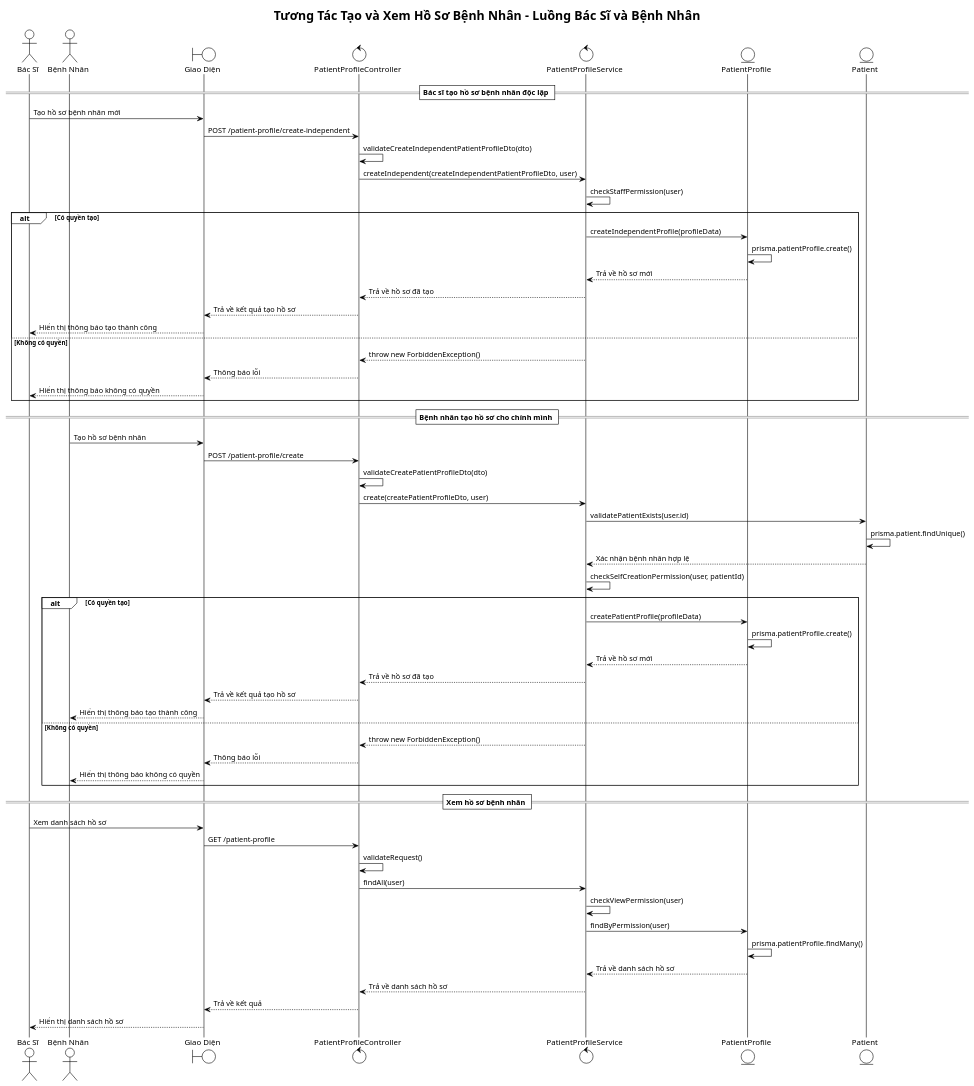
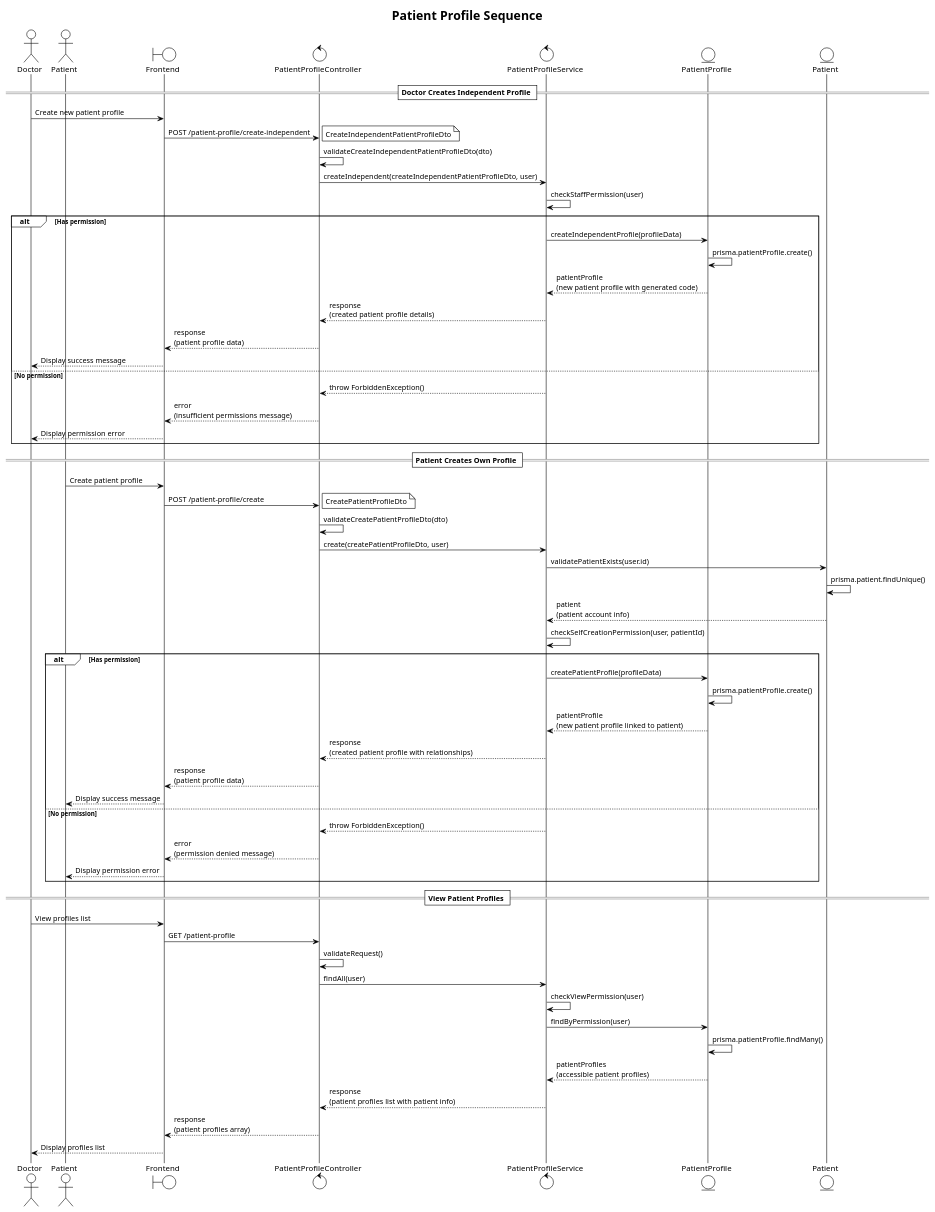
The diagram in docs/patient-profile-sequence.puml (iamKhang/revita-be), drawn with PlantUML before and after one commit. The commit also changed 7 other files, not shown here.

Commit message:
Update sequence diagram

```diff
--- a/docs/patient-profile-sequence.puml
+++ b/docs/patient-profile-sequence.puml
@@ -1,75 +1,77 @@
 @startuml Patient Profile Sequence Diagram
 !theme plain
-title Tương Tác Tạo và Xem Hồ Sơ Bệnh Nhân - Luồng Bác Sĩ và Bệnh Nhân
+title Patient Profile Sequence
 
-actor "Bác Sĩ" as D
-actor "Bệnh Nhân" as P
-boundary "Giao Diện" as F
+actor "Doctor" as D
+actor "Patient" as P
+boundary "Frontend" as F
 control "PatientProfileController" as C
 control "PatientProfileService" as PS
 entity "PatientProfile" as PP
 entity "Patient" as PAT
 
-== Bác sĩ tạo hồ sơ bệnh nhân độc lập ==
+== Doctor Creates Independent Profile ==
 
-D -> F: Tạo hồ sơ bệnh nhân mới
+D -> F: Create new patient profile
 F -> C: POST /patient-profile/create-independent
+note right: CreateIndependentPatientProfileDto
 C -> C: validateCreateIndependentPatientProfileDto(dto)
 C -> PS: createIndependent(createIndependentPatientProfileDto, user)
 PS -> PS: checkStaffPermission(user)
 
-alt Có quyền tạo
+alt Has permission
   PS -> PP: createIndependentProfile(profileData)
   PP -> PP: prisma.patientProfile.create()
-  PP --> PS: Trả về hồ sơ mới
-  PS --> C: Trả về hồ sơ đã tạo
-  C --> F: Trả về kết quả tạo hồ sơ
-  F --> D: Hiển thị thông báo tạo thành công
+  PP --> PS: patientProfile\n(new patient profile with generated code)
+  PS --> C: response\n(created patient profile details)
+  C --> F: response\n(patient profile data)
+  F --> D: Display success message
   
-else Không có quyền
-  PS --> C: throw new ForbiddenException()
-  C --> F: Thông báo lỗi
-  F --> D: Hiển thị thông báo không có quyền
+else No permission
+  PS --> C: throw ForbiddenException()
+  C --> F: error\n(insufficient permissions message)
+  F --> D: Display permission error
 end
 
-== Bệnh nhân tạo hồ sơ cho chính mình ==
+== Patient Creates Own Profile ==
 
-P -> F: Tạo hồ sơ bệnh nhân
+P -> F: Create patient profile
 F -> C: POST /patient-profile/create
+note right: CreatePatientProfileDto
 C -> C: validateCreatePatientProfileDto(dto)
 C -> PS: create(createPatientProfileDto, user)
 PS -> PAT: validatePatientExists(user.id)
 PAT -> PAT: prisma.patient.findUnique()
-PAT --> PS: Xác nhận bệnh nhân hợp lệ
+PAT --> PS: patient\n(patient account info)
 
 PS -> PS: checkSelfCreationPermission(user, patientId)
 
-alt Có quyền tạo
+alt Has permission
   PS -> PP: createPatientProfile(profileData)
   PP -> PP: prisma.patientProfile.create()
-  PP --> PS: Trả về hồ sơ mới
-  PS --> C: Trả về hồ sơ đã tạo
-  C --> F: Trả về kết quả tạo hồ sơ
-  F --> P: Hiển thị thông báo tạo thành công
+  PP --> PS: patientProfile\n(new patient profile linked to patient)
+  PS --> C: response\n(created patient profile with relationships)
+  C --> F: response\n(patient profile data)
+  F --> P: Display success message
   
-else Không có quyền
-  PS --> C: throw new ForbiddenException()
-  C --> F: Thông báo lỗi
-  F --> P: Hiển thị thông báo không có quyền
+else No permission
+  PS --> C: throw ForbiddenException()
+  C --> F: error\n(permission denied message)
+  F --> P: Display permission error
 end
 
-== Xem hồ sơ bệnh nhân ==
+== View Patient Profiles ==
 
-D -> F: Xem danh sách hồ sơ
+D -> F: View profiles list
 F -> C: GET /patient-profile
 C -> C: validateRequest()
 C -> PS: findAll(user)
 PS -> PS: checkViewPermission(user)
 PS -> PP: findByPermission(user)
 PP -> PP: prisma.patientProfile.findMany()
-PP --> PS: Trả về danh sách hồ sơ
-PS --> C: Trả về danh sách hồ sơ
-C --> F: Trả về kết quả
-F --> D: Hiển thị danh sách hồ sơ
+PP --> PS: patientProfiles\n(accessible patient profiles)
+PS --> C: response\n(patient profiles list with patient info)
+C --> F: response\n(patient profiles array)
+F --> D: Display profiles list
 
 @enduml
```
